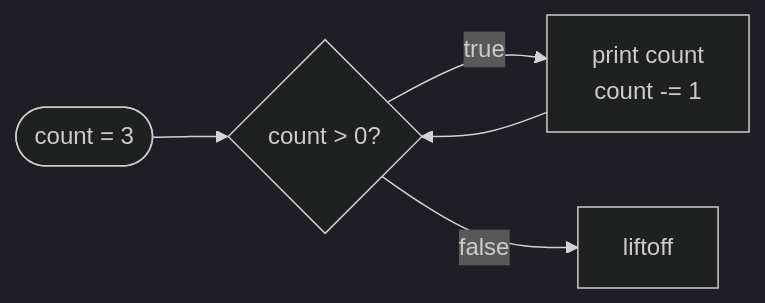
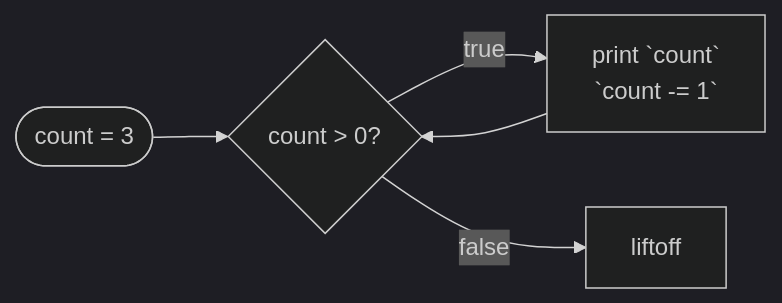
The diagram in content/docs/1.learn/03.control-flow/04.while.md (rux-lang/Web), drawn with Mermaid (dark theme) before and after one commit. The commit also changed 49 other files, not shown here.

````diff
--- a/content/docs/1.learn/03.control-flow/04.while.md
+++ b/content/docs/1.learn/03.control-flow/04.while.md
@@ -38,7 +38,7 @@
 ```mermaid
 flowchart LR
-    start(["count = 3"]) --> test{"count > 0?"}
-    test -- "true" --> body["print count<br/>count -= 1"]
+    start(["`count = 3`"]) --> test{"`count > 0?`"}
+    test -- "`true`" --> body["print `count`<br/>`count -= 1`"]
     body --> test
-    test -- "false" --> after["liftoff"]
+    test -- "`false`" --> after["`liftoff`"]
 ```
````
